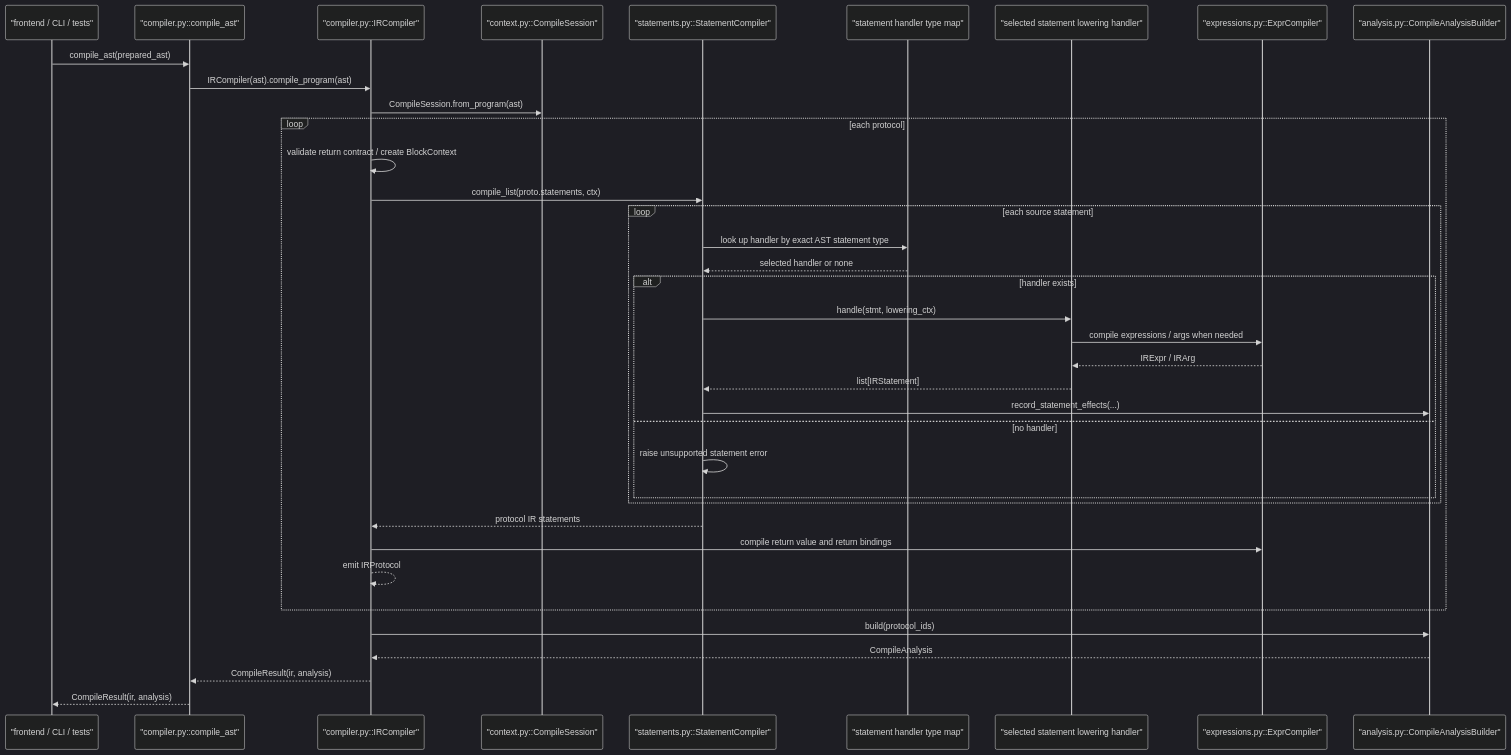
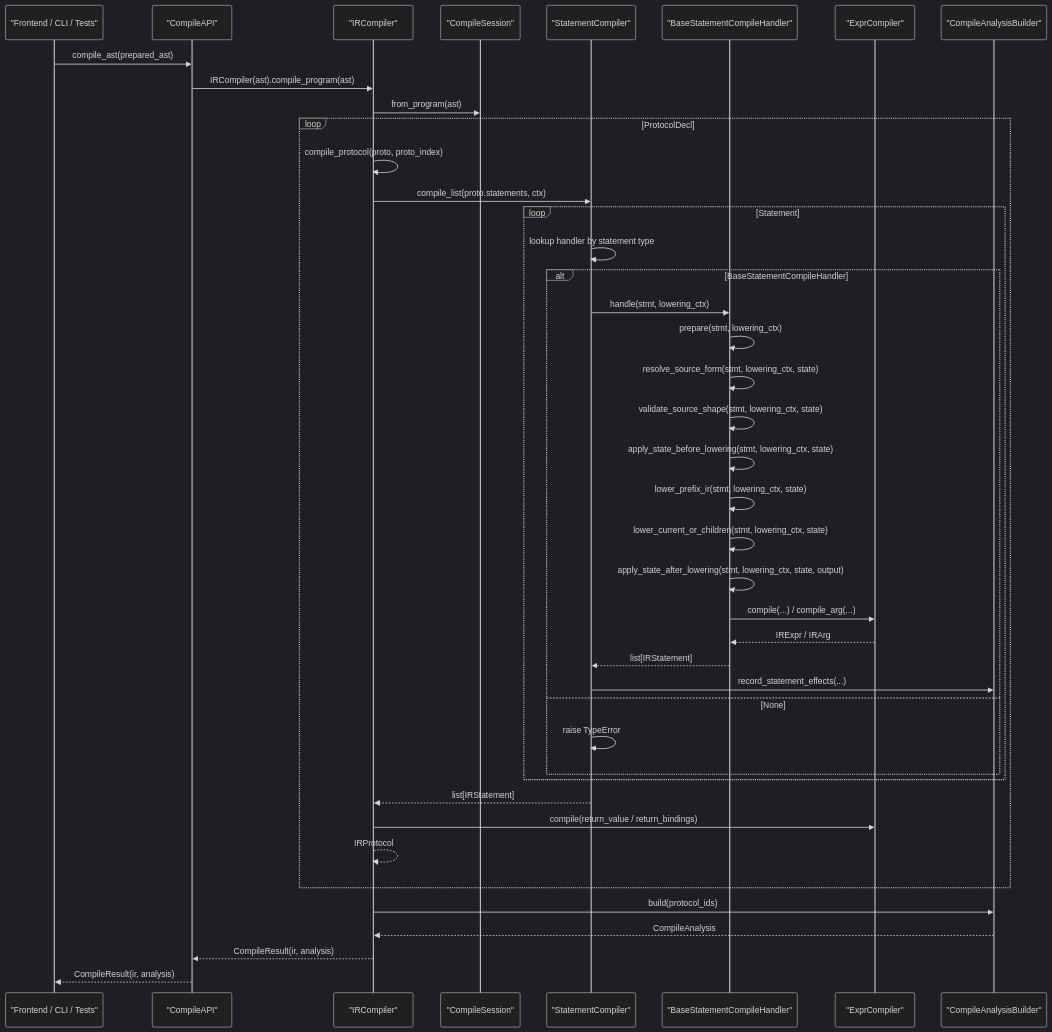
The second of 6 diagrams in docs/architecture/compile_module_diagrams.md (culsma/culsma), drawn with Mermaid (dark theme) before and after one commit. The commit also changed other lines of this file and 24 other files, not shown here.

````diff
--- a/docs/architecture/compile_module_diagrams.md
+++ b/docs/architecture/compile_module_diagrams.md
@@ -68,44 +74,49 @@
 ```mermaid
 sequenceDiagram
-    participant Caller as "frontend / CLI / tests"
-    participant API as "compiler.py::compile_ast"
-    participant C as "compiler.py::IRCompiler"
-    participant Session as "context.py::CompileSession"
-    participant SC as "statements.py::StatementCompiler"
-    participant M as "statement handler type map"
-    participant H as "selected statement lowering handler"
-    participant Expr as "expressions.py::ExprCompiler"
-    participant Analysis as "analysis.py::CompileAnalysisBuilder"
+    participant Caller as "Frontend / CLI / Tests"
+    participant API as "CompileAPI"
+    participant C as "IRCompiler"
+    participant Session as "CompileSession"
+    participant SC as "StatementCompiler"
+    participant H as "BaseStatementCompileHandler"
+    participant Expr as "ExprCompiler"
+    participant Analysis as "CompileAnalysisBuilder"
 
     Caller->>API: compile_ast(prepared_ast)
     API->>C: IRCompiler(ast).compile_program(ast)
-    C->>Session: CompileSession.from_program(ast)
+    C->>Session: from_program(ast)
 
-    loop each protocol
-        C->>C: validate return contract / create BlockContext
+    loop ProtocolDecl
+        C->>C: compile_protocol(proto, proto_index)
         C->>SC: compile_list(proto.statements, ctx)
 
-        loop each source statement
-            SC->>M: look up handler by exact AST statement type
-            M-->>SC: selected handler or none
-            alt handler exists
+        loop Statement
+            SC->>SC: lookup handler by statement type
+            alt BaseStatementCompileHandler
                 SC->>H: handle(stmt, lowering_ctx)
-                H->>Expr: compile expressions / args when needed
+                H->>H: prepare(stmt, lowering_ctx)
+                H->>H: resolve_source_form(stmt, lowering_ctx, state)
+                H->>H: validate_source_shape(stmt, lowering_ctx, state)
+                H->>H: apply_state_before_lowering(stmt, lowering_ctx, state)
+                H->>H: lower_prefix_ir(stmt, lowering_ctx, state)
+                H->>H: lower_current_or_children(stmt, lowering_ctx, state)
+                H->>H: apply_state_after_lowering(stmt, lowering_ctx, state, output)
+                H->>Expr: compile(...) / compile_arg(...)
                 Expr-->>H: IRExpr / IRArg
                 H-->>SC: list[IRStatement]
                 SC->>Analysis: record_statement_effects(...)
-            else no handler
-                SC->>SC: raise unsupported statement error
+            else None
+                SC->>SC: raise TypeError
             end
         end
 
-        SC-->>C: protocol IR statements
-        C->>Expr: compile return value and return bindings
-        C-->>C: emit IRProtocol
+        SC-->>C: list[IRStatement]
+        C->>Expr: compile(return_value / return_bindings)
+        C-->>C: IRProtocol
     end
 
     C->>Analysis: build(protocol_ids)
     Analysis-->>C: CompileAnalysis
     C-->>API: CompileResult(ir, analysis)
     API-->>Caller: CompileResult(ir, analysis)
 ```
````
